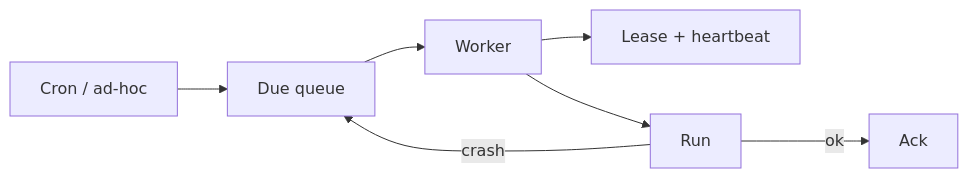
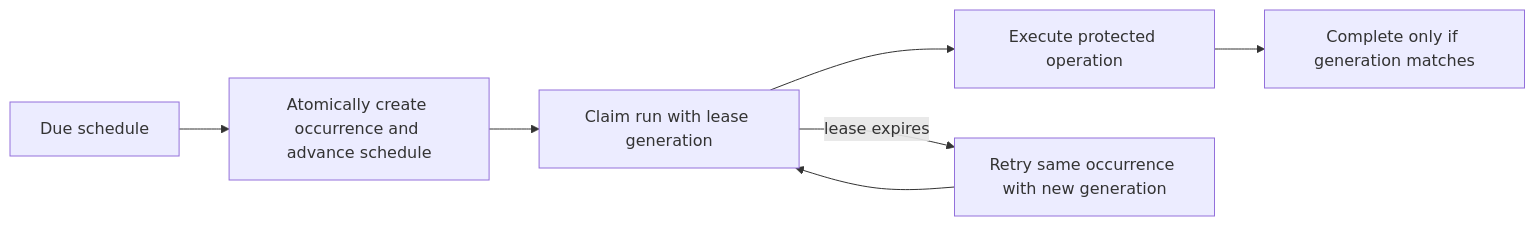
Before and after one commit to jdodsoncollins/study-material: the diagram in lessons/system-design/cases/job-scheduler/viz/lease.md, drawn with Mermaid. The commit also changed 175 other files, not shown here.

````diff
--- a/lessons/system-design/cases/job-scheduler/viz/lease.md
+++ b/lessons/system-design/cases/job-scheduler/viz/lease.md
@@ -3,9 +3,9 @@
 ```mermaid
 flowchart LR
-  cron[Cron / ad-hoc] --> q[Due queue]
-  q --> worker[Worker]
-  worker --> lease[Lease + heartbeat]
-  worker --> run[Run]
-  run -->|ok| done[Ack]
-  run -->|crash| q
+  cron[Due schedule] --> tx[Atomically create occurrence and advance schedule]
+  tx --> claim[Claim run with lease generation]
+  claim --> run[Execute protected operation]
+  run --> done[Complete only if generation matches]
+  claim -->|lease expires| retry[Retry same occurrence with new generation]
+  retry --> claim
 ```
````
